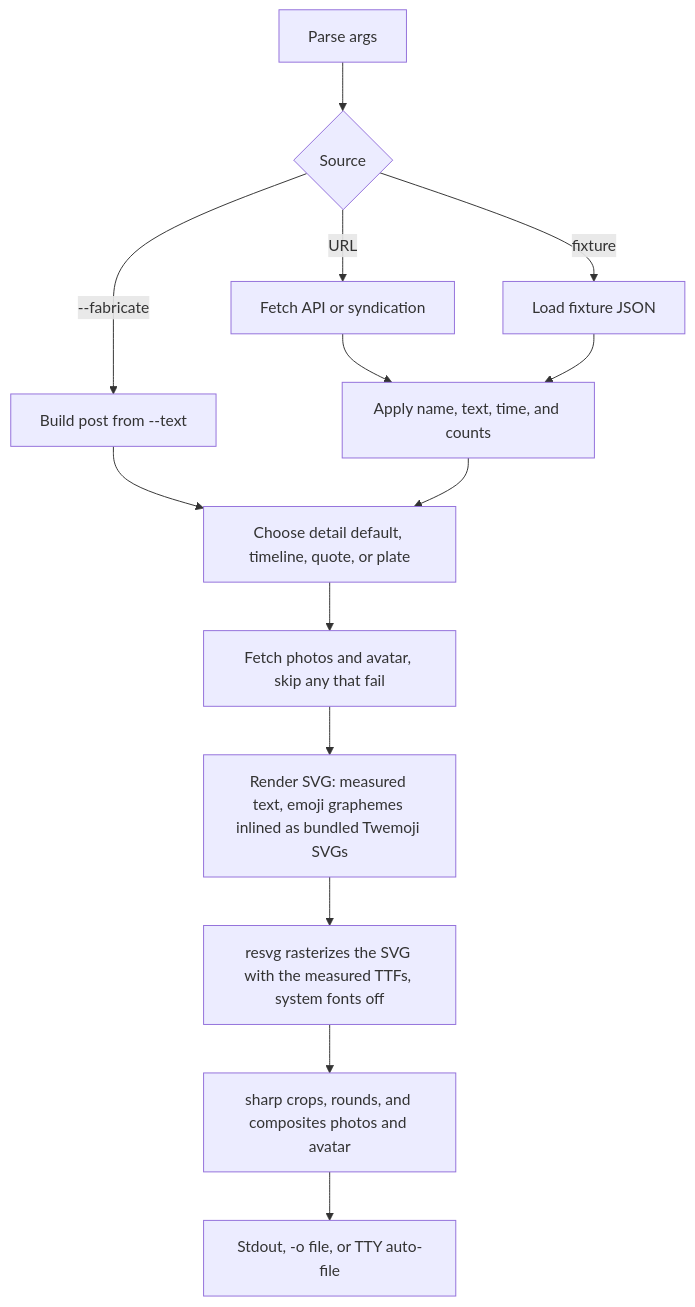
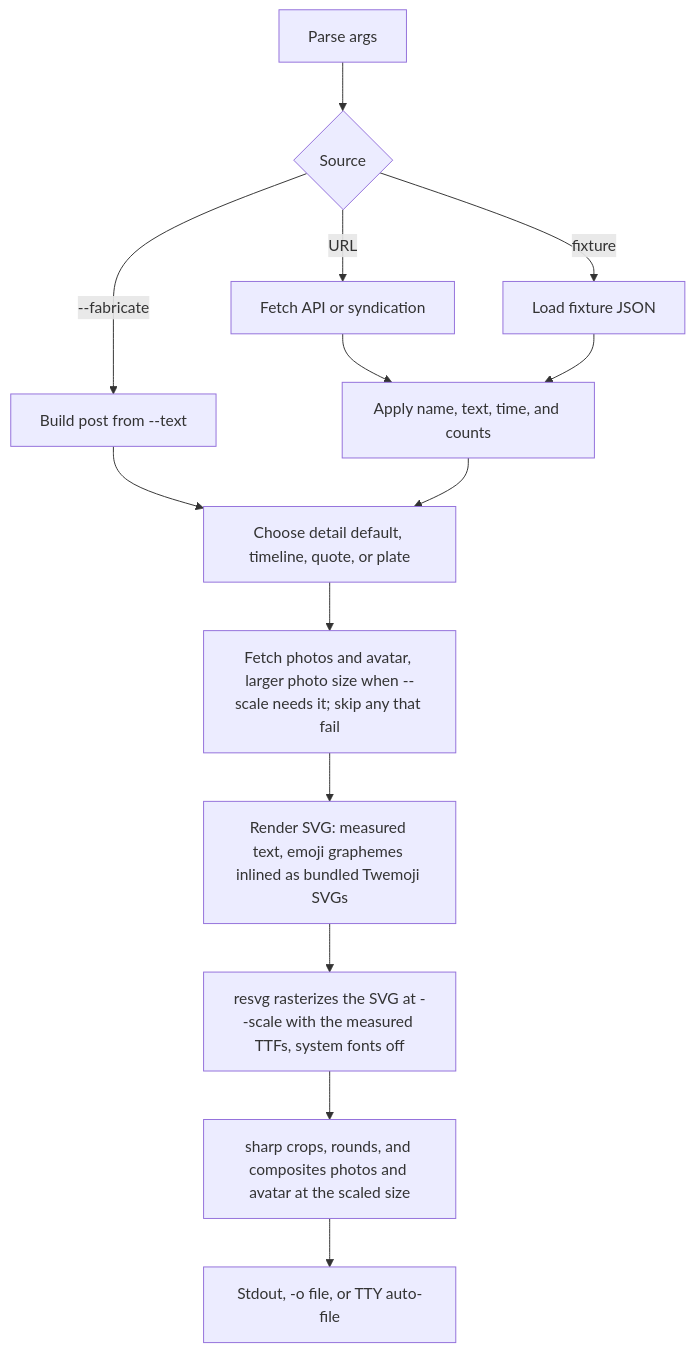
The diagram in docs/architecture.md (jspeaks/xpostplate), drawn with Mermaid before and after one commit. The commit also changed other lines of this file and 8 other files, not shown here.

Commit message:
docs: explain width vs scale in README, docs, FAB, skill, architecture, and notes

````diff
--- a/docs/architecture.md
+++ b/docs/architecture.md
@@ -5,16 +5,16 @@
 ```mermaid
 flowchart TD
   args[Parse args] --> source{Source}
   source -->|URL| fetch[Fetch API or syndication]
   source -->|fixture| fixture[Load fixture JSON]
   source -->|--fabricate| made[Build post from --text]
   fetch --> overrides[Apply name, text, time, and counts]
   fixture --> overrides
   made --> view[Choose detail default, timeline, quote, or plate]
   overrides --> view
-  view --> images[Fetch photos and avatar, skip any that fail]
+  view --> images[Fetch photos and avatar, larger photo size when --scale needs it; skip any that fail]
   images --> svg[Render SVG: measured text, emoji graphemes inlined as bundled Twemoji SVGs]
-  svg --> resvg[resvg rasterizes the SVG with the measured TTFs, system fonts off]
-  resvg --> sharp[sharp crops, rounds, and composites photos and avatar]
+  svg --> resvg[resvg rasterizes the SVG at --scale with the measured TTFs, system fonts off]
+  resvg --> sharp[sharp crops, rounds, and composites photos and avatar at the scaled size]
   sharp --> out[Stdout, -o file, or TTY auto-file]
 ```
````
